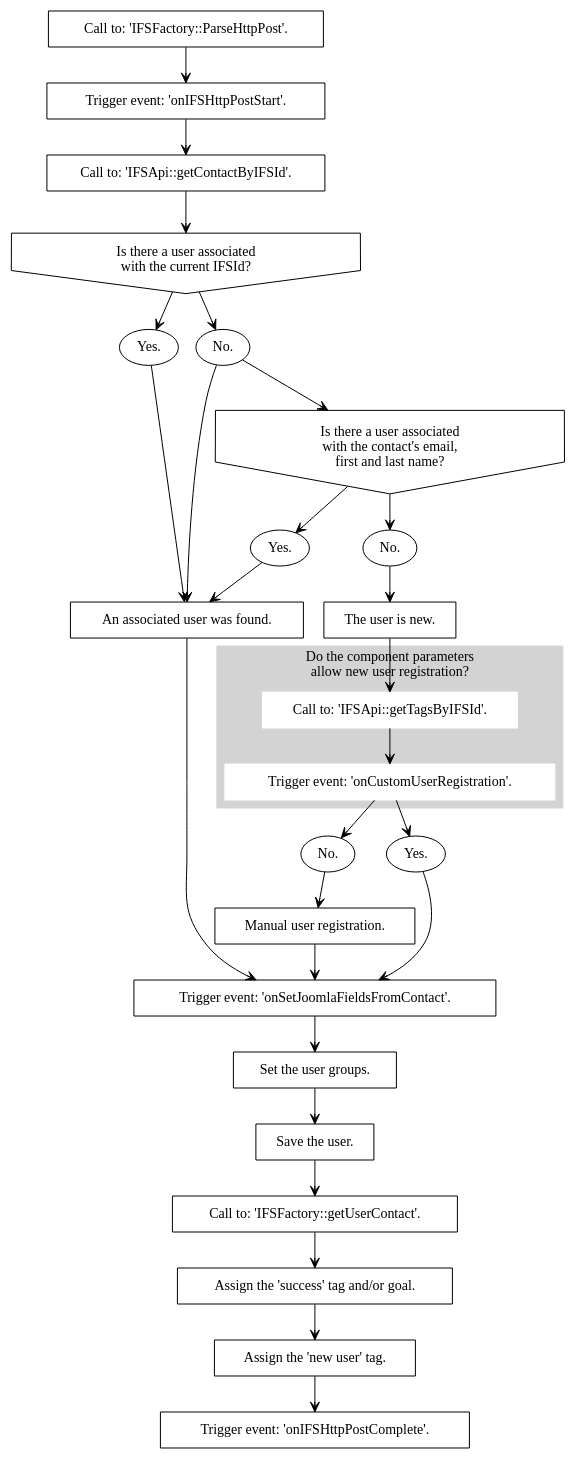
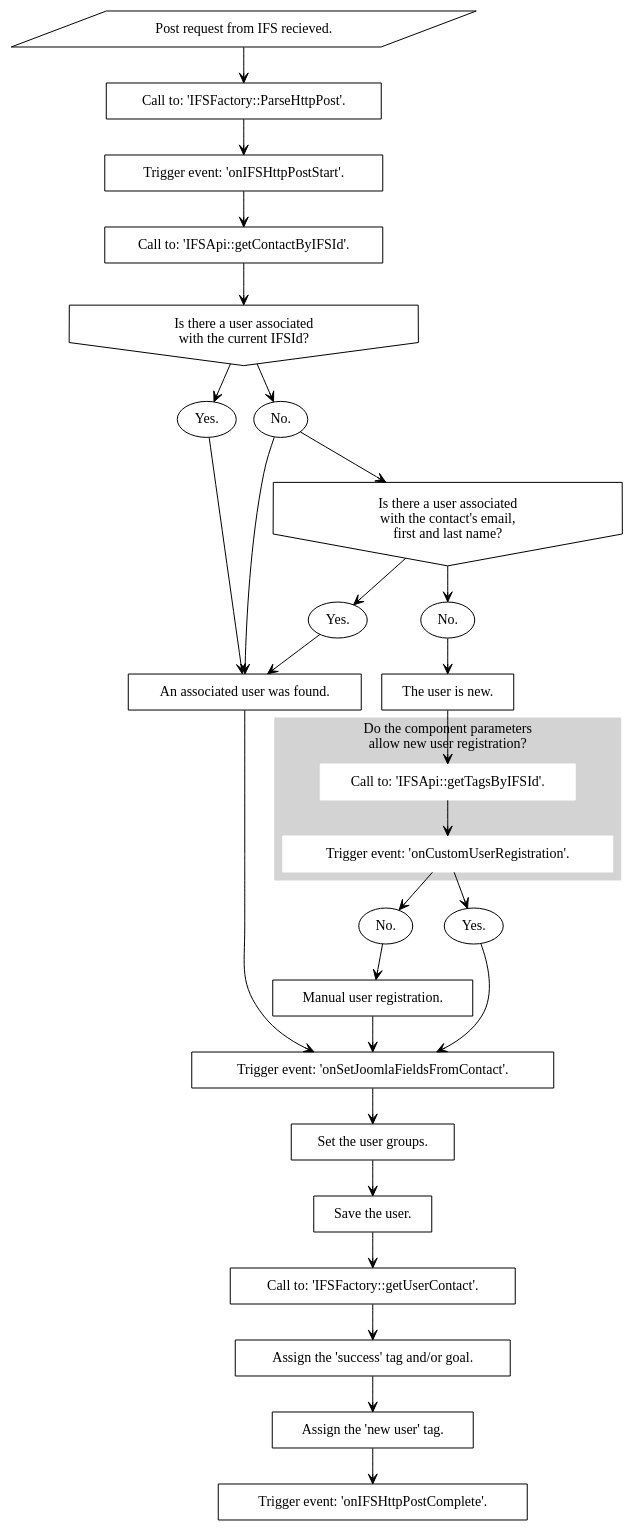
The diagram in docs/procedures/register_user.rst (treste91/JoomFuse), drawn with Graphviz before and after one commit.

```diff
--- a/docs/procedures/register_user.rst
+++ b/docs/procedures/register_user.rst
@@ -4,64 +4,66 @@
 .. graphviz::
 
    digraph {
    
+      0 [label="Post request from IFS recieved." shape=parallelogram]
       1 [label="Call to: 'IFSFactory::ParseHttpPost'." shape=rectangle]
       2 [label="Trigger event: 'onIFSHttpPostStart'."URL="https://joomfuse.readthedocs.io/en/latest/events/joomfuse_events.html#onifshttppoststart" shape=rectangle]
       3 [label="Call to: 'IFSApi::getContactByIFSId'." shape=rectangle]
       4 [label="Is there a user associated\n with the current IFSId?" shape=invhouse]
       5 [label="Yes." shape=oval]
       6 [label="No." shape=oval]
       7 [label="Is there a user associated\n with the contact's email,\n first and last name?" shape=invhouse]
       8 [label="Yes." shape=oval]
       9 [label="An associated user was found." shape=rectangle]
       10 [label="No." shape=oval]
       11 [label="The user is new." shape=rectangle]
       
       subgraph cluster_1 {
          style=filled;
          color=lightgrey;
 	 node [style=filled,color=white];
          label="Do the component parameters\n allow new user registration?"
          12 [label="Call to: 'IFSApi::getTagsByIFSId'." shape=rectangle]
          13 [label="Trigger event: 'onCustomUserRegistration'." URL="https://joomfuse.readthedocs.io/en/latest/events/joomfuse_events.html#oncustomuserregistration" shape=rectangle]
       }
       
       14 [label="Yes." shape=oval]
       15 [label="No." shape=oval]
       16 [label="Manual user registration." shape=rectangle]
       17 [label="Trigger event: 'onSetJoomlaFieldsFromContact'." URL="https://joomfuse.readthedocs.io/en/latest/events/joomfuse_events.html#onsetjoomlafieldsfromcontact" shape=rectangle]
       18 [label="Set the user groups." shape=rectangle]
       19 [label="Save the user." shape=rectangle]
       20 [label="Call to: 'IFSFactory::getUserContact'." shape=rectangle]
       21 [label="Assign the 'success' tag and/or goal." shape=rectangle]
       22 [label="Assign the 'new user' tag." shape=rectangle]
       23 [label="Trigger event: 'onIFSHttpPostComplete'." URL="https://joomfuse.readthedocs.io/en/latest/events/joomfuse_events.html#onifshttppostcomplete" shape=rectangle]
       
       
+      0 -> 1 [arrowhead=vee arrowsize=1]
       1 -> 2 [arrowhead=vee arrowsize=1]
       2 -> 3 [arrowhead=vee arrowsize=1]
       3 -> 4 [arrowhead=vee arrowsize=1]
       4 -> 5 [arrowhead=vee arrowsize=1]
       4 -> 6 [arrowhead=vee arrowsize=1]
       6 -> 7 [arrowhead=vee arrowsize=1]
       7 -> 8 [arrowhead=vee arrowsize=1]
       8 -> 9 [arrowhead=vee arrowsize=1]
       5 -> 9 [arrowhead=vee arrowsize=1]
       6 -> 9 [arrowhead=vee arrowsize=1]
       7 -> 10 [arrowhead=vee arrowsize=1]
       10 -> 11 [arrowhead=vee arrowsize=1]
       11 -> 12 [arrowhead=vee arrowsize=1]
       12 -> 13 [arrowhead=vee arrowsize=1]
       13 -> 14 [arrowhead=vee arrowsize=1]
       13 -> 15 [arrowhead=vee arrowsize=1]
       15 -> 16 [arrowhead=vee arrowsize=1]
       16 -> 17 [arrowhead=vee arrowsize=1]
       14 -> 17 [arrowhead=vee arrowsize=1]
       9 -> 17 [arrowhead=vee arrowsize=1]
       17 -> 18 [arrowhead=vee arrowsize=1]
       18 -> 19 [arrowhead=vee arrowsize=1]
       19 -> 20 [arrowhead=vee arrowsize=1]
       20 -> 21 [arrowhead=vee arrowsize=1]
       21 -> 22 [arrowhead=vee arrowsize=1]
       22 -> 23 [arrowhead=vee arrowsize=1]
    }
```
